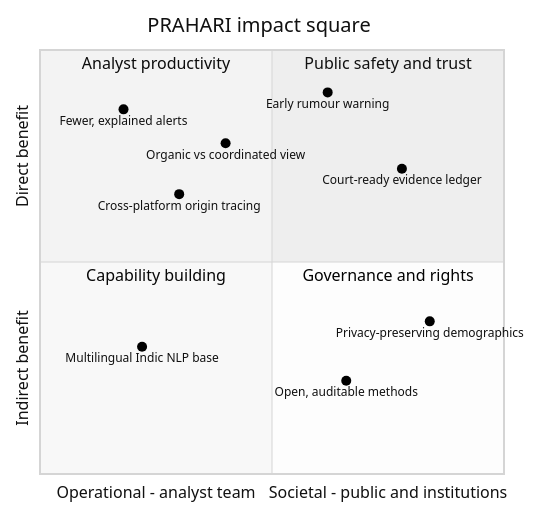
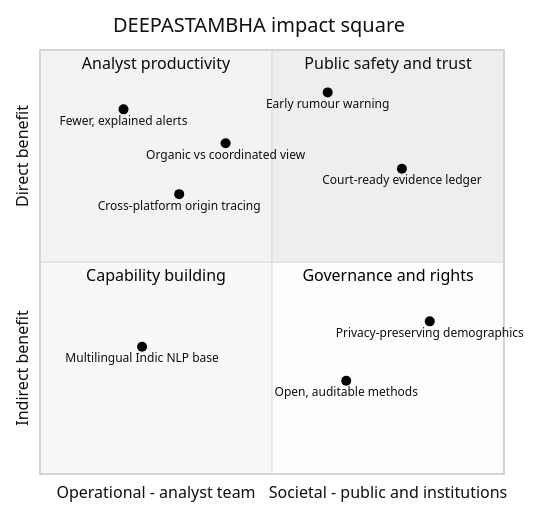
One commit to Shantanu58-tech/PS_2 changed the third of 4 diagrams in docs/DIAGRAMS.md. Above: the diagram before and after it, drawn with Mermaid (neutral theme). The commit also changed other lines of this file and 40 other files, not shown here.

First line of the commit message:
Rename PRAHARI to DEEPASTAMBHA (दीपस्तम्भ, pillar of light)

````diff
--- a/docs/DIAGRAMS.md
+++ b/docs/DIAGRAMS.md
@@ -106,18 +106,18 @@
 ```mermaid
 quadrantChart
-    title PRAHARI impact square
+    title DEEPASTAMBHA impact square
     x-axis Operational - analyst team --> Societal - public and institutions
     y-axis Indirect benefit --> Direct benefit
     quadrant-1 Public safety and trust
     quadrant-2 Analyst productivity
     quadrant-3 Capability building
     quadrant-4 Governance and rights
     Fewer, explained alerts: [0.18, 0.86]
     Early rumour warning: [0.62, 0.9]
     Organic vs coordinated view: [0.4, 0.78]
     Cross-platform origin tracing: [0.3, 0.66]
     Court-ready evidence ledger: [0.78, 0.72]
     Privacy-preserving demographics: [0.84, 0.36]
     Multilingual Indic NLP base: [0.22, 0.3]
     Open, auditable methods: [0.66, 0.22]
 ```
````
